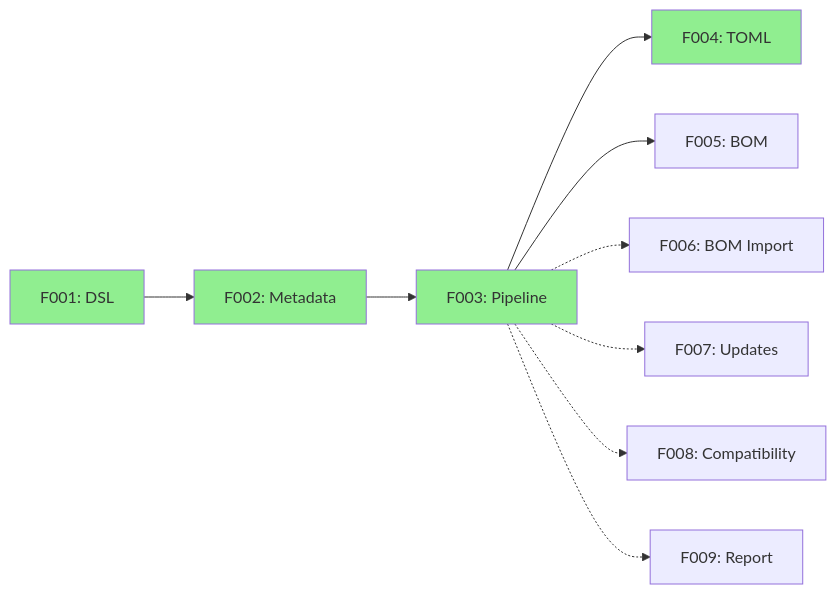
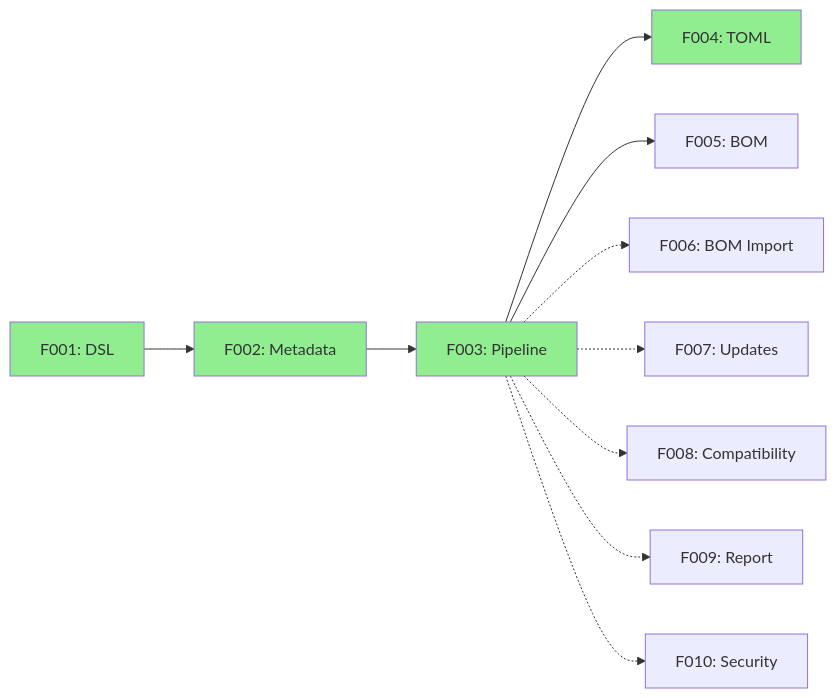
Before and after one commit to zenhelix/dependanger: the second of 2 diagrams in docs/02-features/index.adoc, drawn with Mermaid. The commit also changed other lines of this file and 4 other files, not shown here.

```diff
--- a/docs/02-features/index.adoc
+++ b/docs/02-features/index.adoc
@@ -148,17 +157,18 @@
 [mermaid,target=feature-deps,format=svg]
 ----
 flowchart LR
     F001[F001: DSL] --> F002[F002: Metadata]
     F002 --> F003[F003: Pipeline]
     F003 --> F004[F004: TOML]
     F003 --> F005[F005: BOM]
     F003 -.-> F006[F006: BOM Import]
     F003 -.-> F007[F007: Updates]
     F003 -.-> F008[F008: Compatibility]
     F003 -.-> F009[F009: Report]
+    F003 -.-> F010[F010: Security]
 
     style F001 fill:#90EE90
     style F002 fill:#90EE90
     style F003 fill:#90EE90
     style F004 fill:#90EE90
 ----
```
